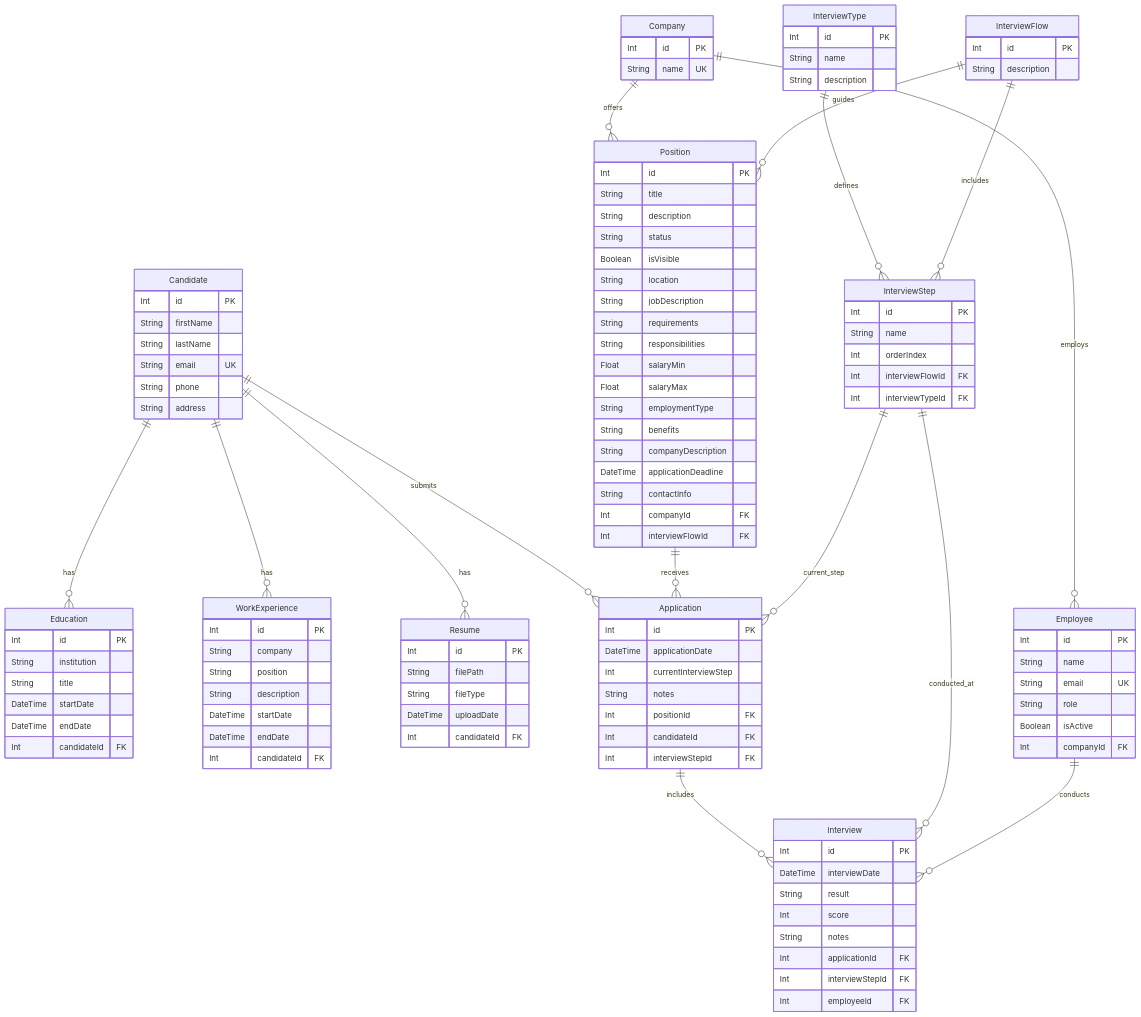
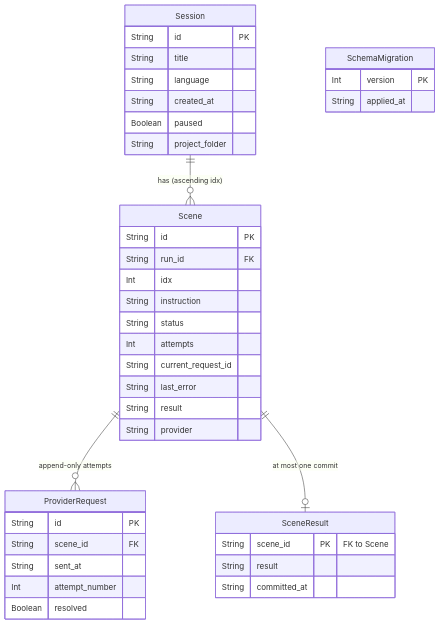
One commit to TonyMElguezabal/AI4Devs-finalproject changed the diagram in docs/data-model.md. Above: the diagram before and after it, drawn with Mermaid. The commit also changed other lines of this file and 63 other files, not shown here.

````diff
--- a/docs/data-model.md
+++ b/docs/data-model.md
@@ -231,122 +78,43 @@
 ```mermaid
 erDiagram
-    Candidate {
-        Int id PK
-        String firstName
-        String lastName
-        String email UK
-        String phone
-        String address
+    Session {
+        String id PK
+        String title
+        String language
+        String created_at
+        Boolean paused
+        String project_folder
     }
-    Education {
-        Int id PK
-        String institution
-        String title
-        DateTime startDate
-        DateTime endDate
-        Int candidateId FK
+    Scene {
+        String id PK
+        String run_id FK
+        Int idx
+        String instruction
+        String status
+        Int attempts
+        String current_request_id
+        String last_error
+        String result
+        String provider
     }
-    WorkExperience {
-        Int id PK
-        String company
-        String position
-        String description
-        DateTime startDate
-        DateTime endDate
-        Int candidateId FK
+    ProviderRequest {
+        String id PK
+        String scene_id FK
+        String sent_at
+        Int attempt_number
+        Boolean resolved
     }
-    Resume {
-        Int id PK
-        String filePath
-        String fileType
-        DateTime uploadDate
-        Int candidateId FK
+    SceneResult {
+        String scene_id PK "FK to Scene"
+        String result
+        String committed_at
     }
-    Company {
-        Int id PK
-        String name UK
-    }
-    Employee {
-        Int id PK
-        String name
-        String email UK
-        String role
-        Boolean isActive
-        Int companyId FK
-    }
-    InterviewType {
-        Int id PK
-        String name
-        String description
-    }
-    InterviewFlow {
-        Int id PK
-        String description
-    }
-    InterviewStep {
-        Int id PK
-        String name
-        Int orderIndex
-        Int interviewFlowId FK
-        Int interviewTypeId FK
-    }
-    Position {
-        Int id PK
-        String title
-        String description
-        String status
-        Boolean isVisible
-        String location
-        String jobDescription
-        String requirements
-        String responsibilities
-        Float salaryMin
-        Float salaryMax
-        String employmentType
-        String benefits
-        String companyDescription
-        DateTime applicationDeadline
-        String contactInfo
-        Int companyId FK
-        Int interviewFlowId FK
-    }
-    Application {
-        Int id PK
-        DateTime applicationDate
-        Int currentInterviewStep
-        String notes
-        Int positionId FK
-        Int candidateId FK
-        Int interviewStepId FK
-    }
-    Interview {
-        Int id PK
-        DateTime interviewDate
-        String result
-        Int score
-        String notes
-        Int applicationId FK
-        Int interviewStepId FK
-        Int employeeId FK
+    SchemaMigration {
+        Int version PK
+        String applied_at
     }
 
-    Candidate ||--o{ Education : "has"
-    Candidate ||--o{ WorkExperience : "has"
-    Candidate ||--o{ Resume : "has"
-    Candidate ||--o{ Application : "submits"
-    
-    Company ||--o{ Employee : "employs"
-    Company ||--o{ Position : "offers"
-    
-    InterviewType ||--o{ InterviewStep : "defines"
-    InterviewFlow ||--o{ InterviewStep : "includes"
-    InterviewFlow ||--o{ Position : "guides"
-    
-    Position ||--o{ Application : "receives"
-    Application ||--o{ Interview : "includes"
-    
-    InterviewStep ||--o{ Application : "current_step"
-    InterviewStep ||--o{ Interview : "conducted_at"
-    
-    Employee ||--o{ Interview : "conducts"
+    Session ||--o{ Scene : "has (ascending idx)"
+    Scene ||--o{ ProviderRequest : "append-only attempts"
+    Scene ||--o| SceneResult : "at most one commit"
 ```
````
